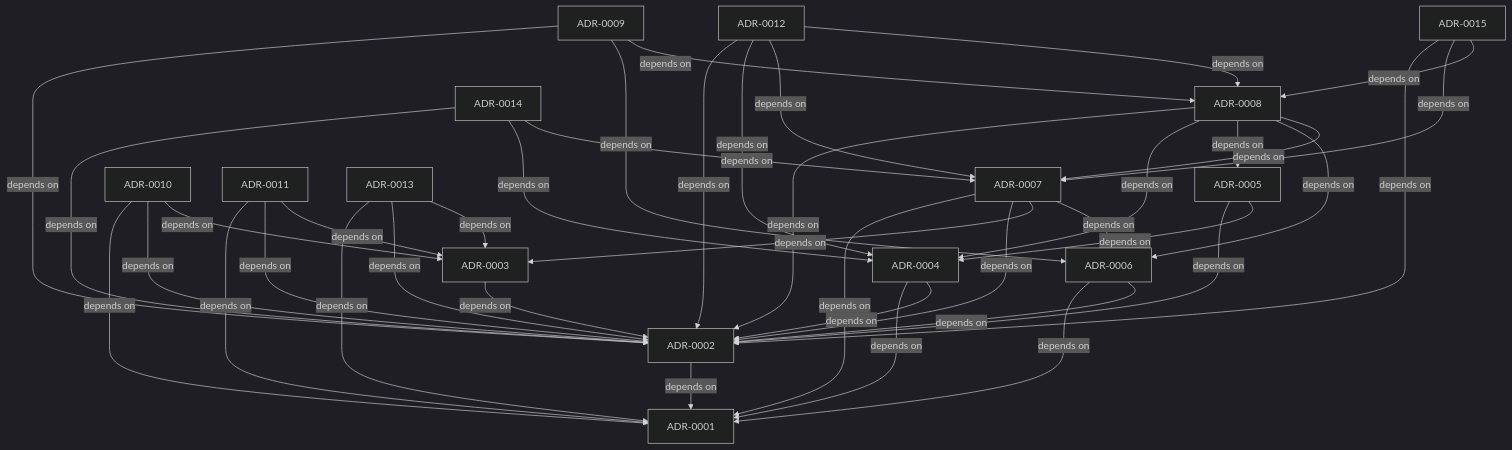
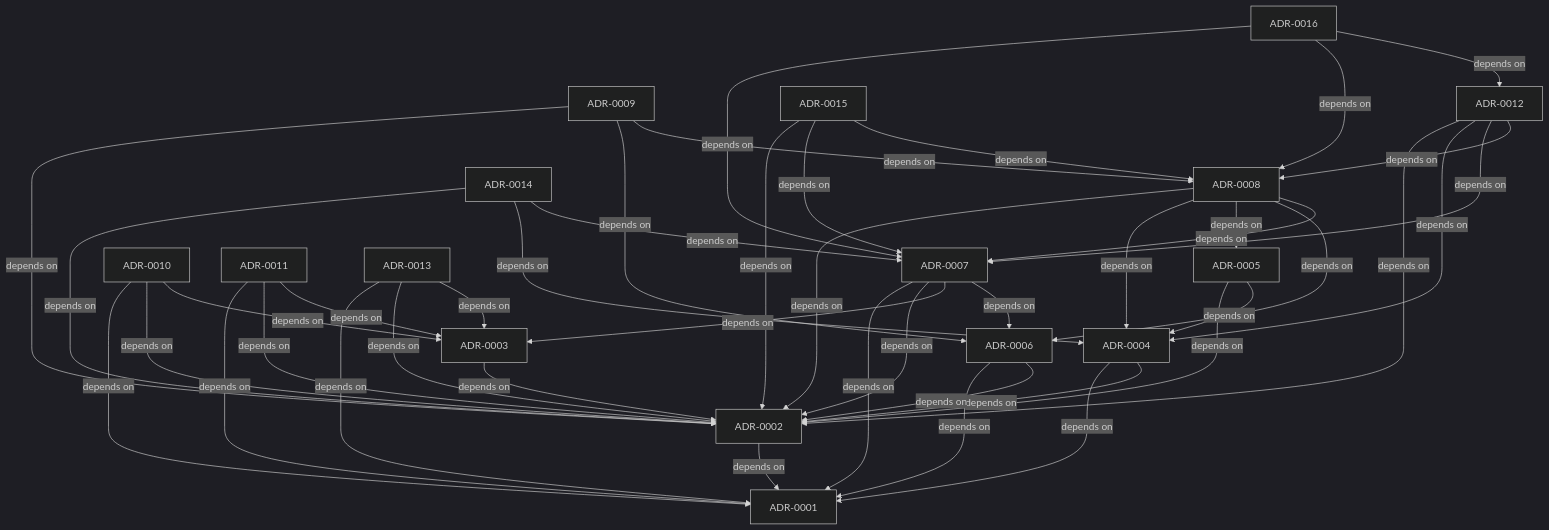
The diagram in docs/decisions.md (rudycelekli/kin-connect), drawn with Mermaid (dark theme) before and after one commit. The commit also changed other lines of this file and 13 other files, not shown here.

````diff
--- a/docs/decisions.md
+++ b/docs/decisions.md
@@ -25,57 +26,61 @@
 ```mermaid
 graph TD
   ADR_0001["ADR-0001"]
   ADR_0002["ADR-0002"]
   ADR_0003["ADR-0003"]
   ADR_0004["ADR-0004"]
   ADR_0005["ADR-0005"]
   ADR_0006["ADR-0006"]
   ADR_0007["ADR-0007"]
   ADR_0008["ADR-0008"]
   ADR_0009["ADR-0009"]
   ADR_0010["ADR-0010"]
   ADR_0011["ADR-0011"]
   ADR_0012["ADR-0012"]
   ADR_0013["ADR-0013"]
   ADR_0014["ADR-0014"]
   ADR_0015["ADR-0015"]
+  ADR_0016["ADR-0016"]
   ADR_0002 -->|depends on| ADR_0001
   ADR_0003 -->|depends on| ADR_0002
   ADR_0004 -->|depends on| ADR_0001
   ADR_0004 -->|depends on| ADR_0002
   ADR_0005 -->|depends on| ADR_0002
   ADR_0005 -->|depends on| ADR_0004
   ADR_0006 -->|depends on| ADR_0001
   ADR_0006 -->|depends on| ADR_0002
   ADR_0007 -->|depends on| ADR_0001
   ADR_0007 -->|depends on| ADR_0002
   ADR_0007 -->|depends on| ADR_0003
   ADR_0007 -->|depends on| ADR_0006
   ADR_0008 -->|depends on| ADR_0002
   ADR_0008 -->|depends on| ADR_0004
   ADR_0008 -->|depends on| ADR_0005
   ADR_0008 -->|depends on| ADR_0006
   ADR_0008 -->|depends on| ADR_0007
   ADR_0009 -->|depends on| ADR_0002
   ADR_0009 -->|depends on| ADR_0006
   ADR_0009 -->|depends on| ADR_0008
   ADR_0010 -->|depends on| ADR_0001
   ADR_0010 -->|depends on| ADR_0002
   ADR_0010 -->|depends on| ADR_0003
   ADR_0011 -->|depends on| ADR_0001
   ADR_0011 -->|depends on| ADR_0002
   ADR_0011 -->|depends on| ADR_0003
   ADR_0012 -->|depends on| ADR_0002
   ADR_0012 -->|depends on| ADR_0004
   ADR_0012 -->|depends on| ADR_0007
   ADR_0012 -->|depends on| ADR_0008
   ADR_0013 -->|depends on| ADR_0001
   ADR_0013 -->|depends on| ADR_0002
   ADR_0013 -->|depends on| ADR_0003
   ADR_0014 -->|depends on| ADR_0002
   ADR_0014 -->|depends on| ADR_0004
   ADR_0014 -->|depends on| ADR_0007
   ADR_0015 -->|depends on| ADR_0002
   ADR_0015 -->|depends on| ADR_0007
   ADR_0015 -->|depends on| ADR_0008
+  ADR_0016 -->|depends on| ADR_0007
+  ADR_0016 -->|depends on| ADR_0008
+  ADR_0016 -->|depends on| ADR_0012
 ```
````
